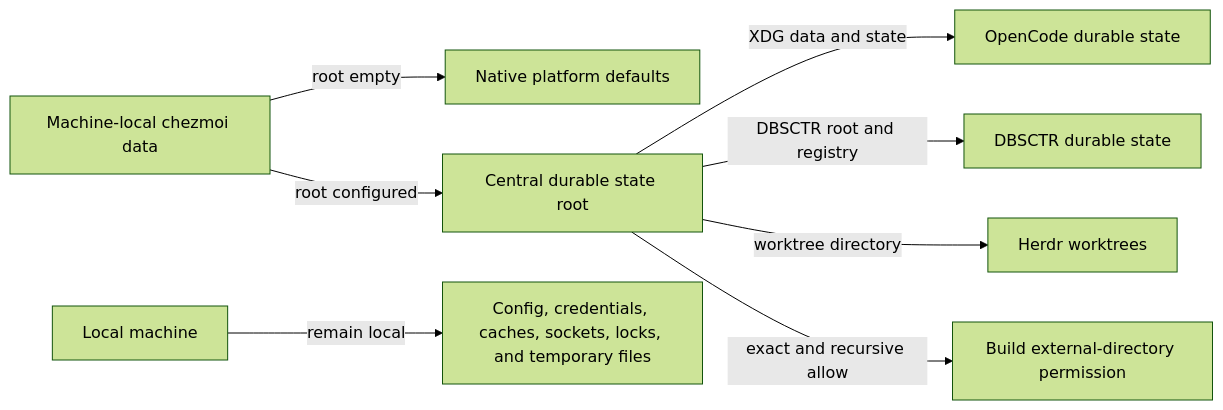
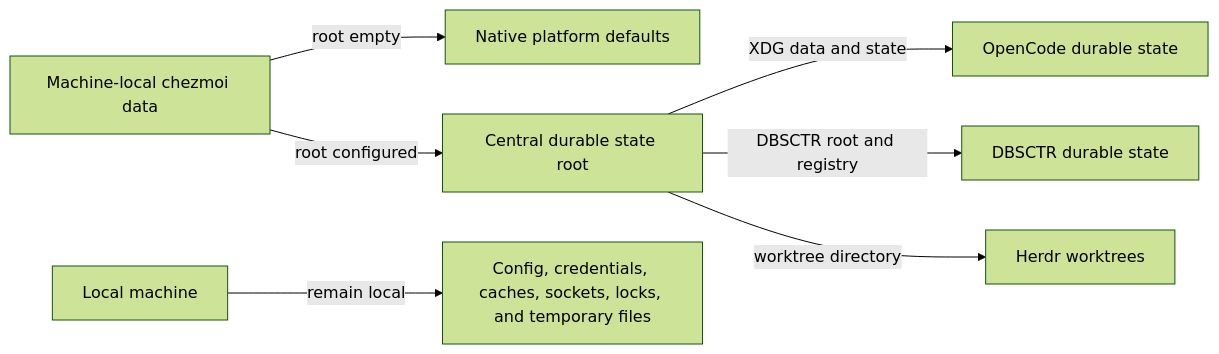
One commit to Saltiola7/dotfiles-ai changed the second of 3 diagrams in docs/specs/opencode_control_plane/README.md. Above: the diagram before and after it, drawn with Mermaid (forest theme). The commit also changed other lines of this file and 3 other files, not shown here.

Commit message:
fix(opencode): allow primary external access

````diff
--- a/docs/specs/opencode_control_plane/README.md
+++ b/docs/specs/opencode_control_plane/README.md
@@ -258,12 +299,11 @@
 ```mermaid
 flowchart LR
     accTitle: Optional centralized durable state
     accDescr: An empty state-root setting keeps native OpenCode, DBSCTR, and Herdr locations. A configured root scopes XDG data and state paths to OpenCode and lifecycle workers, while Herdr receives only explicit component roots and its worktree location. Configuration and credentials remain local.
     C[Machine-local chezmoi data] -->|root empty| N[Native platform defaults]
     C -->|root configured| R[Central durable state root]
     R -->|XDG data and state| O[OpenCode durable state]
     R -->|DBSCTR root and registry| D[DBSCTR durable state]
     R -->|worktree directory| H[Herdr worktrees]
-    R -->|exact and recursive allow| P[Build external-directory permission]
     L[Local machine] -->|remain local| K[Config, credentials, caches, sockets, locks, and temporary files]
 ```
````
